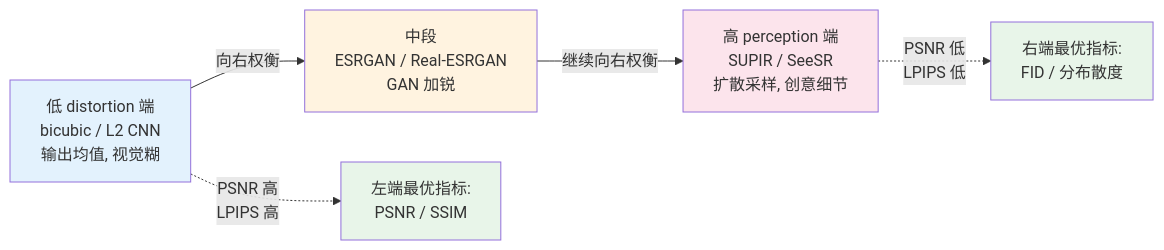
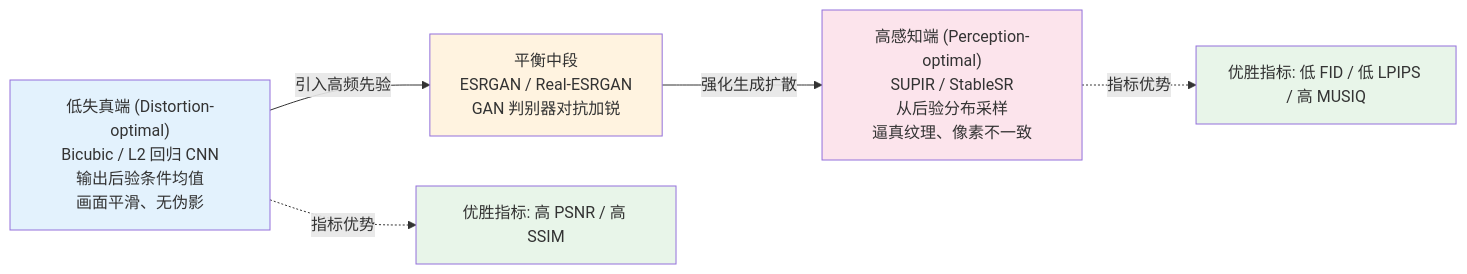
Before and after one commit to yingwang/image-enhancement-guide: the third of 3 diagrams in chapters/04-metrics.md, drawn with Mermaid. The commit also changed other lines of this file and 18 other files, not shown here.

````diff
--- a/chapters/04-metrics.md
+++ b/chapters/04-metrics.md
@@ -468,14 +322,14 @@
 ```mermaid
 graph LR
-    A[低 distortion 端<br/>bicubic / L2 CNN<br/>输出均值, 视觉糊] -->|向右权衡| B[中段<br/>ESRGAN / Real-ESRGAN<br/>GAN 加锐]
-    B -->|继续向右权衡| C[高 perception 端<br/>SUPIR / SeeSR<br/>扩散采样, 创意细节]
+    A["低失真端 (Distortion-optimal)<br/>Bicubic / L2 回归 CNN<br/>输出后验条件均值<br/>画面平滑、无伪影"] -->|引入高频先验| B["平衡中段<br/>ESRGAN / Real-ESRGAN<br/>GAN 判别器对抗加锐"]
+    B -->|强化生成扩散| C["高感知端 (Perception-optimal)<br/>SUPIR / StableSR<br/>从后验分布采样<br/>逼真纹理、像素不一致"]
 
-    A -.PSNR 高<br/>LPIPS 高.-> Score1[左端最优指标:<br/>PSNR / SSIM]
-    C -.PSNR 低<br/>LPIPS 低.-> Score2[右端最优指标:<br/>FID / 分布散度]
+    A -.指标优势.-> Score1["优胜指标: 高 PSNR / 高 SSIM"]
+    C -.指标优势.-> Score2["优胜指标: 低 FID / 低 LPIPS / 高 MUSIQ"]
 
     style A fill:#e3f2fd
     style B fill:#fff3e0
     style C fill:#fce4ec
     style Score1 fill:#e8f5e9
     style Score2 fill:#e8f5e9
 ```
````
